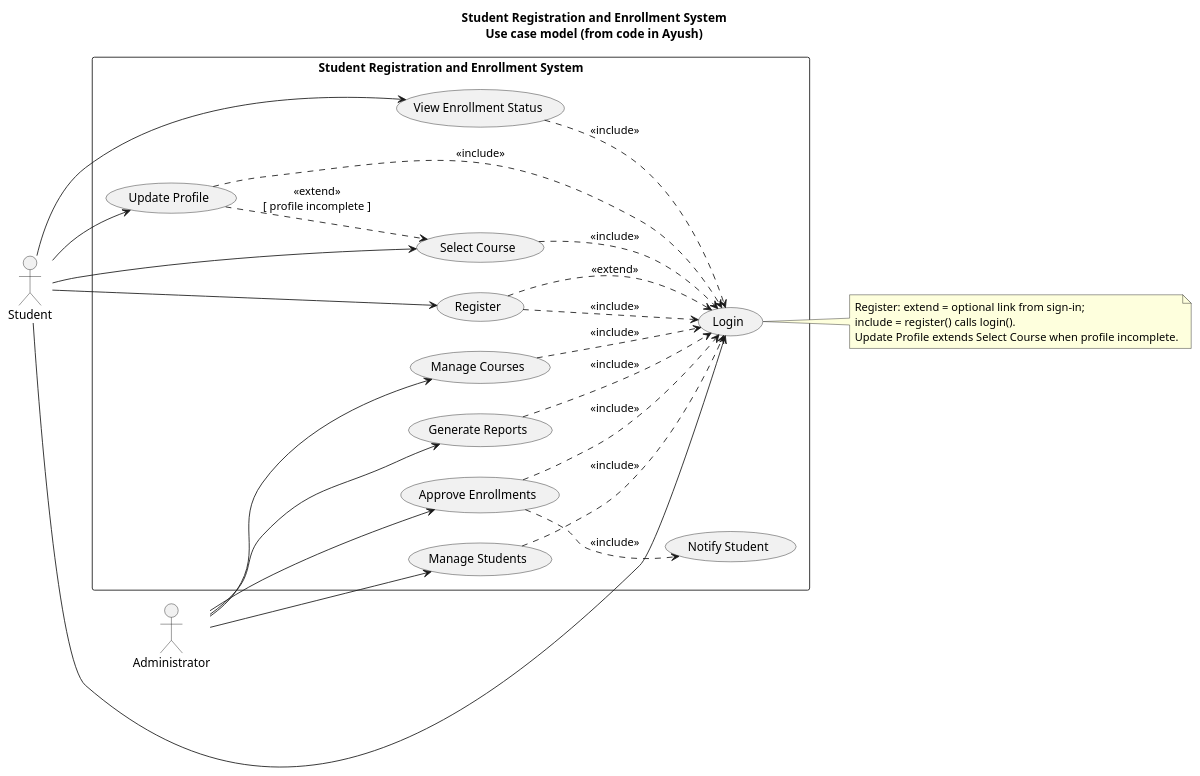
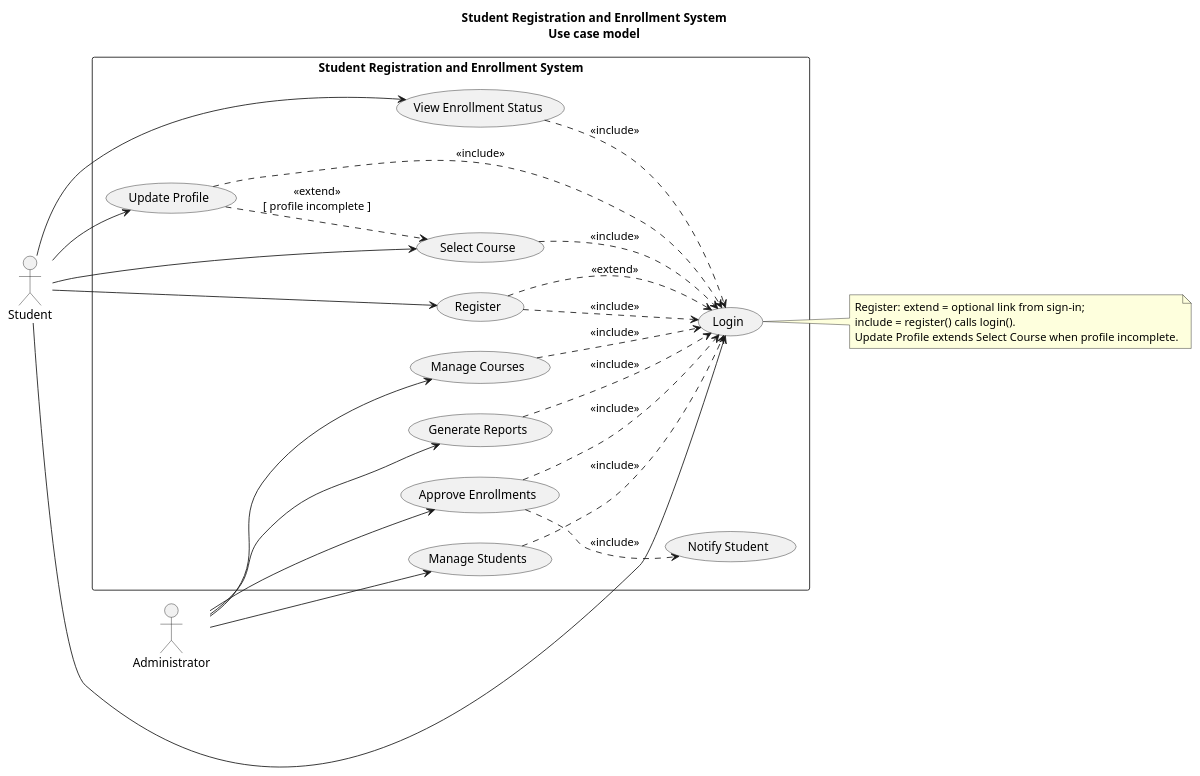
Before and after one commit to aysahoo/PPD-LAB2: the diagram in Ayush/diagrams/use-case-registration-enrollment.puml, drawn with PlantUML. The commit also changed 11 other files, not shown here.

First line of the commit message:
Add admin student detail page and enrollment architecture diagrams

```diff
--- a/Ayush/diagrams/use-case-registration-enrollment.puml
+++ b/Ayush/diagrams/use-case-registration-enrollment.puml
@@ -1,65 +1,65 @@
-@startuml Ayush_StudentRegistrationEnrollment_UC
-title Student Registration and Enrollment System\nUse case model (from code in Ayush)
+@startuml StudentRegistrationEnrollment_UC
+title Student Registration and Enrollment System\nUse case model
 
 skinparam packageStyle rectangle
 skinparam shadowing false
 left to right direction
 
 actor Student as student
 
 rectangle "Student Registration and Enrollment System" {
   usecase Register
   usecase Login
   usecase "Update Profile" as UC_UpdateProfile
   usecase "Select Course" as UC_SelectCourse
   usecase "View Enrollment Status" as UC_ViewEnrollmentStatus
   usecase "Manage Students" as UC_ManageStudents
   usecase "Manage Courses" as UC_ManageCourses
   usecase "Approve Enrollments" as UC_ApproveEnrollments
   usecase "Notify Student" as UC_NotifyStudent
   usecase "Generate Reports" as UC_GenerateReports
 }
 
 actor Administrator as administrator
 
 student -[hidden]r- administrator
 
 student --> Register
 student --> Login
 student --> UC_UpdateProfile
 student --> UC_SelectCourse
 student --> UC_ViewEnrollmentStatus
 
 administrator --> UC_ManageStudents
 administrator --> UC_ManageCourses
 administrator --> UC_ApproveEnrollments
 administrator --> UC_GenerateReports
 
-' --- <<extend>> (optional / branch), grounded in Ayush code ---
-' LoginPage: "No account? Register" — registration is an optional path from sign-in.
+' --- <<extend>> (optional / branch) ---
+' Optional path from sign-in (e.g. "Create account" link on login screen).
 Register ..> Login : <<extend>>
-' auth-context register(): after successful signup, always establishes session via login().
+' After successful registration, session is established (e.g. auto sign-in).
 Register ..> Login : <<include>>
-' CourseDetailPage + enrollments service: incomplete profile blocks request; student may complete account (extends enrollment-selection scenario).
+' When profile is incomplete, completing the account extends the course-selection flow.
 UC_UpdateProfile ..> UC_SelectCourse : <<extend>>\n[ profile incomplete ]
 
 ' --- <<include>> (always pulled in) ---
 UC_UpdateProfile ..> Login : <<include>>
 UC_SelectCourse ..> Login : <<include>>
 UC_ViewEnrollmentStatus ..> Login : <<include>>
 
 UC_ManageStudents ..> Login : <<include>>
 UC_ManageCourses ..> Login : <<include>>
 UC_ApproveEnrollments ..> Login : <<include>>
 UC_GenerateReports ..> Login : <<include>>
 
-' enrollments.ts approveEnrollment(): always inserts in-app notification for the student.
+' Approving an enrollment typically notifies the student (e.g. in-app message).
 UC_ApproveEnrollments ..> UC_NotifyStudent : <<include>>
 
 note right of Login
   Register: extend = optional link from sign-in;
   include = register() calls login().
   Update Profile extends Select Course when profile incomplete.
 end note
 
 @enduml
```
